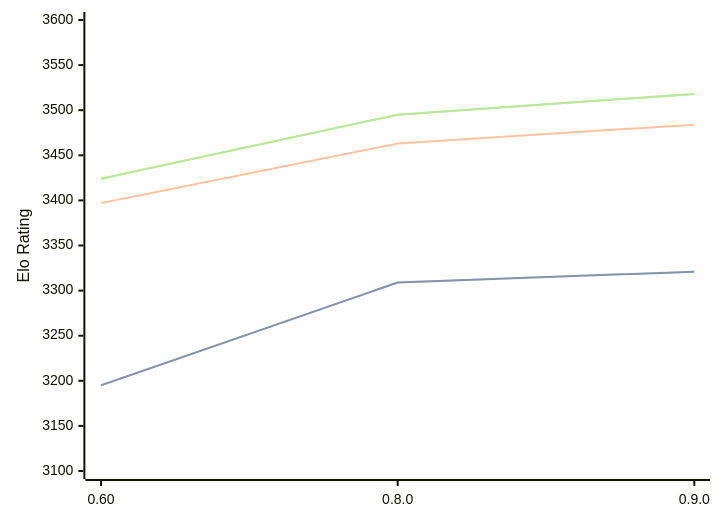
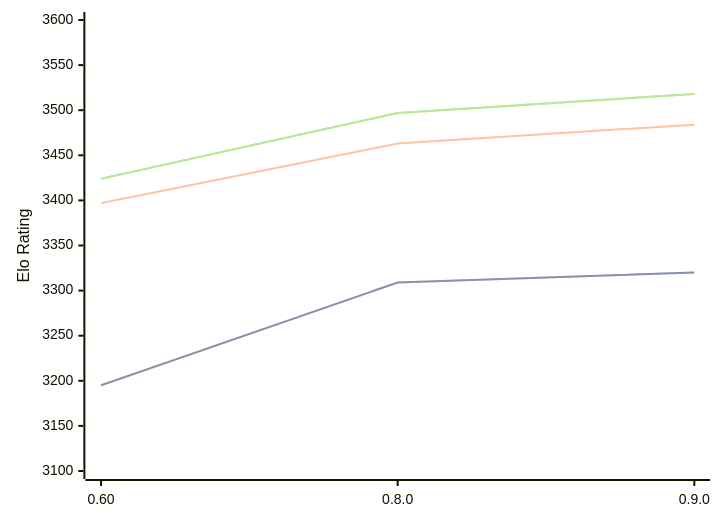
Before and after one commit to computer-chess-index/cci: the third of 3 diagrams in engines/Motor.md, drawn with Mermaid. The commit also changed other lines of this file, not shown here.

Commit message:
Update CCI Ratings (ELO VLTC) - 2026-07-18

````diff
--- a/engines/Motor.md
+++ b/engines/Motor.md
@@ -72,11 +72,11 @@
 ```mermaid
 %%{init: {"theme":"base","themeVariables":{"seriesColors:['#a3a3a3','#222221','#faa371']}}}%%
 xychart-beta
   x-axis ["0.60", "0.8.0", "0.9.0"]
   y-axis "Elo Rating" 3100 --> 3600
-  line "STC (8.0+0.08s)" [3195, 3309, 3321]
-  line "STC (8.0+0.08s)" [3195, 3309, 3321]
+  line "STC (8.0+0.08s)" [3195, 3309, 3320]
+  line "STC (8.0+0.08s)" [3195, 3309, 3320]
   line "LTC (60.0+0.60s)" [3397, 3463, 3484]
-  line "VLTC (2m24s+1.12s)" [3424, 3495, 3518]
-  line "VLTC (2m24s+1.12s)" [3424, 3495, 3518]
+  line "VLTC (2m24s+1.12s)" [3424, 3497, 3518]
+  line "VLTC (2m24s+1.12s)" [3424, 3497, 3518]
 ```
````
